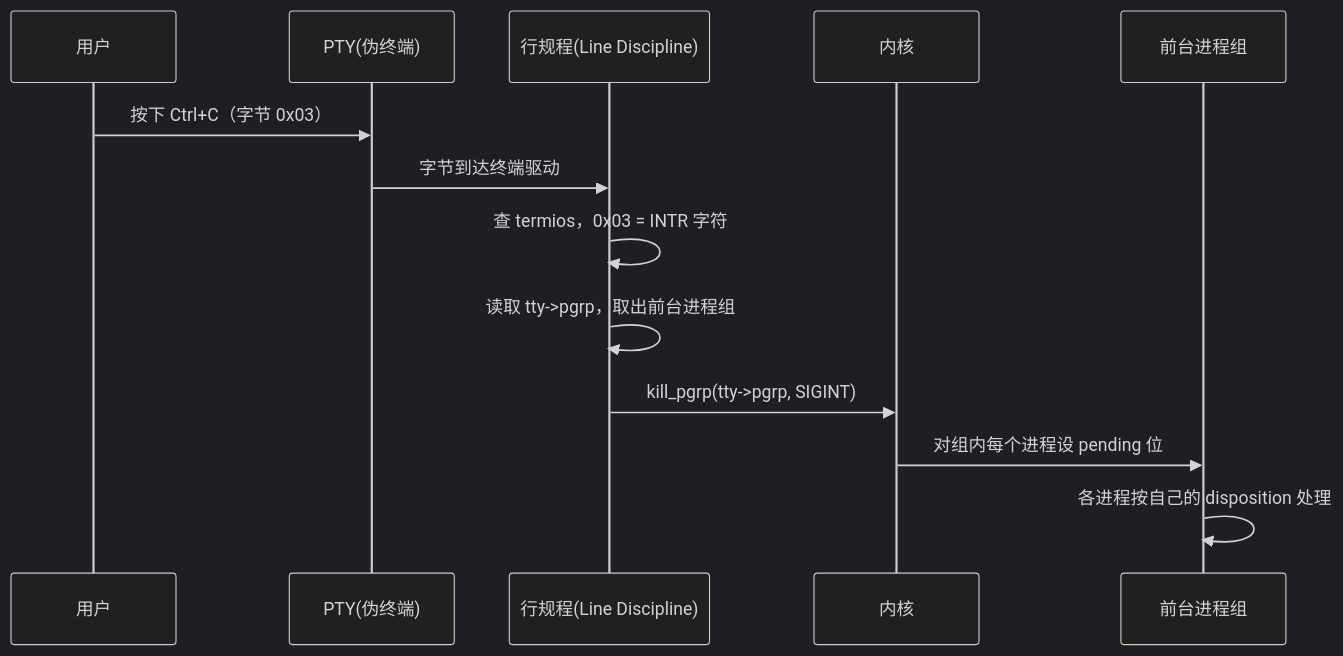
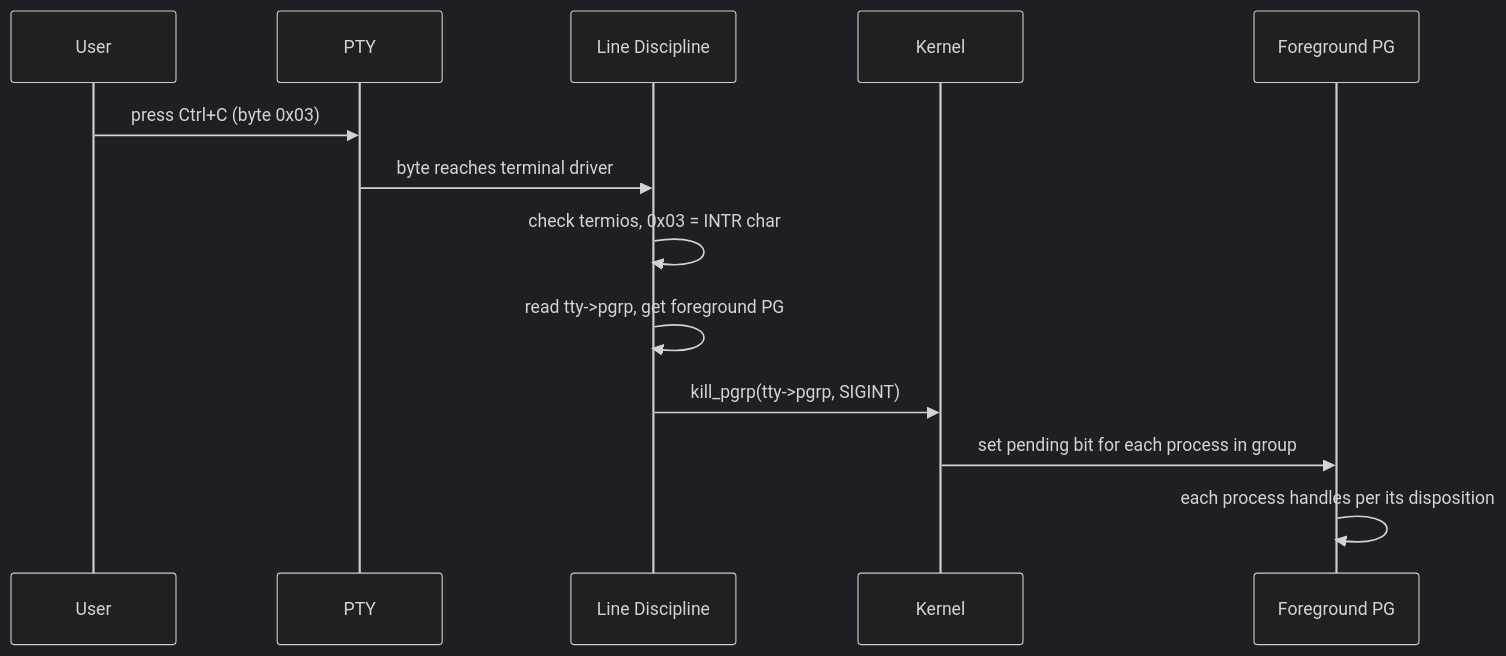
Before and after one commit to lilhammerfun/hands-on-os: the first of 3 diagrams in course/process/03-process-group.md, drawn with Mermaid (dark theme). The commit also changed other lines of this file and 3 other files, not shown here.

````diff
--- a/course/process/03-process-group.md
+++ b/course/process/03-process-group.md
@@ -142,16 +142,16 @@
 ```mermaid
 sequenceDiagram
-    participant U as 用户
-    participant PTY as PTY(伪终端)
-    participant LD as 行规程(Line Discipline)
-    participant K as 内核
-    participant FG as 前台进程组
+    participant U as User
+    participant PTY as PTY
+    participant LD as Line Discipline
+    participant K as Kernel
+    participant FG as Foreground PG
 
-    U->>PTY: 按下 Ctrl+C（字节 0x03）
-    PTY->>LD: 字节到达终端驱动
-    LD->>LD: 查 termios，0x03 = INTR 字符
-    LD->>LD: 读取 tty->pgrp，取出前台进程组
+    U->>PTY: press Ctrl+C (byte 0x03)
+    PTY->>LD: byte reaches terminal driver
+    LD->>LD: check termios, 0x03 = INTR char
+    LD->>LD: read tty->pgrp, get foreground PG
     LD->>K: kill_pgrp(tty->pgrp, SIGINT)
-    K->>FG: 对组内每个进程设 pending 位
-    FG->>FG: 各进程按自己的 disposition 处理
+    K->>FG: set pending bit for each process in group
+    FG->>FG: each process handles per its disposition
 ```
````
